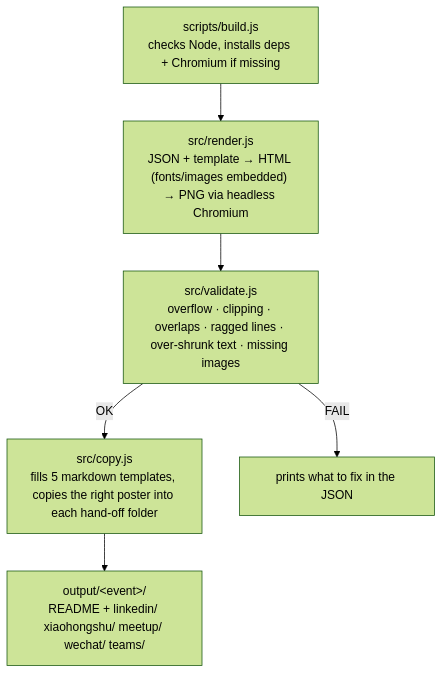
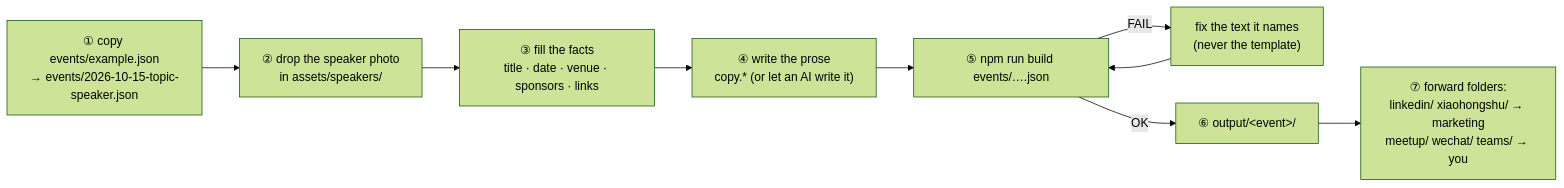
One commit to GabrielPower1969/citanz-meetup-generator changed the first of 2 diagrams in README.md. Above: the diagram before and after it, drawn with Mermaid (forest theme). The commit also changed other lines of this file and 38 other files, not shown here.

First line of the commit message:
Reorganise by data flow, numbered pipeline steps, bilingual README with previews, ARCHITECTURE docs (call graph, ERD, mind map)

````diff
--- a/README.md
+++ b/README.md
@@ -79,8 +59,10 @@
 ```mermaid
-flowchart TD
-  A["scripts/build.js<br/>checks Node, installs deps + Chromium if missing"] --> R
-  R["src/render.js<br/>JSON + template → HTML (fonts/images embedded) → PNG via headless Chromium"] --> V
-  V["src/validate.js<br/>overflow · clipping · overlaps · ragged lines · over-shrunk text · missing images"] -->|OK| C
-  V -->|FAIL| X["prints what to fix in the JSON"]
-  C["src/copy.js<br/>fills 5 markdown templates, copies the right poster into each hand-off folder"] --> O["output/&lt;event&gt;/<br/>README + linkedin/ xiaohongshu/ meetup/ wechat/ teams/"]
+flowchart LR
+  a["① copy events/example.json<br/>→ events/2026-10-15-topic-speaker.json"] --> b["② drop the speaker photo<br/>in assets/speakers/"]
+  b --> c["③ fill the facts<br/>title · date · venue · sponsors · links"]
+  c --> d["④ write the prose<br/>copy.* (or let an AI write it)"]
+  d --> e["⑤ npm run build events/….json"]
+  e -->|FAIL| f["fix the text it names<br/>(never the template)"] --> e
+  e -->|OK| g["⑥ output/&lt;event&gt;/"]
+  g --> h["⑦ forward folders:<br/>linkedin/ xiaohongshu/ → marketing<br/>meetup/ wechat/ teams/ → you"]
 ```
````
